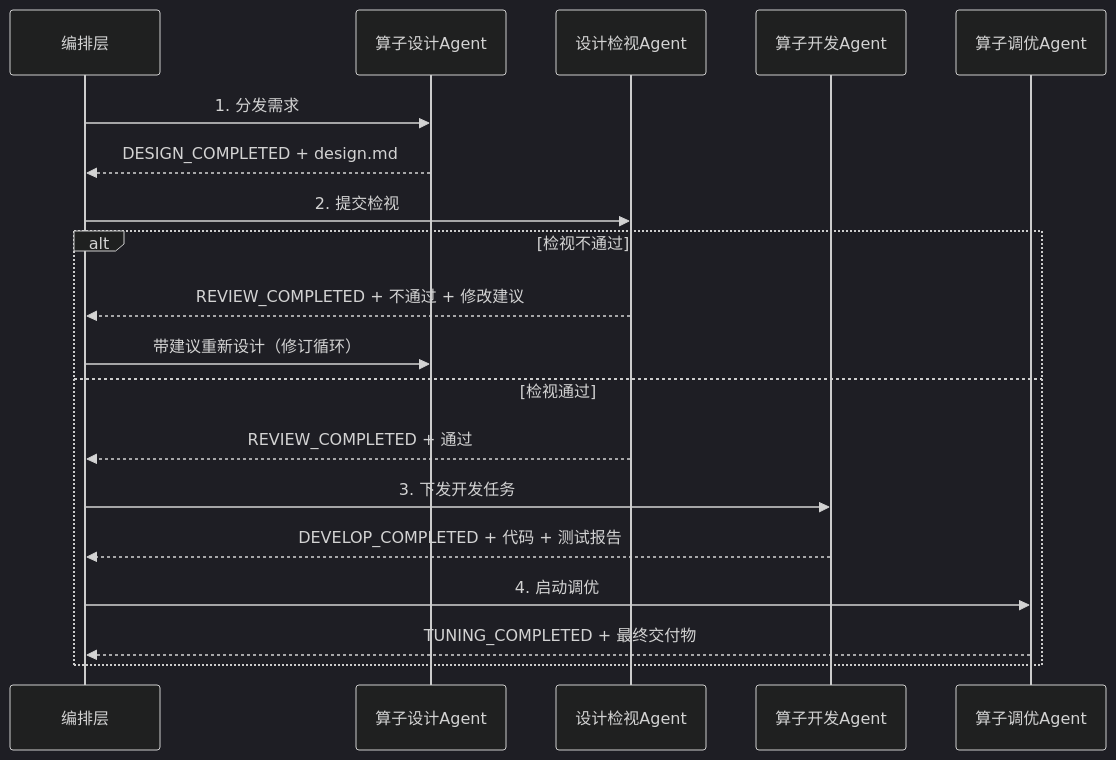
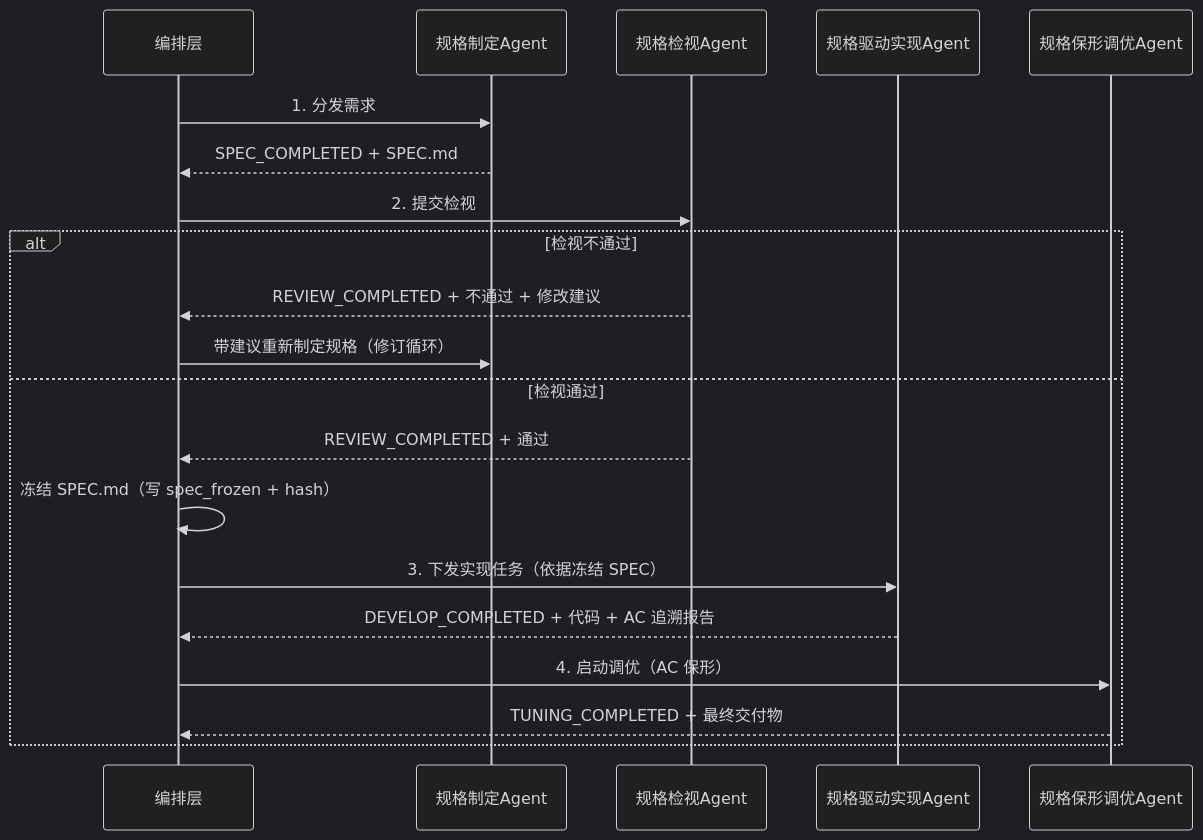
The second of 2 diagrams in .opencode/agents/tilelang-op-conductor.md (dazuozcy/tilelang-mlir-ascend), drawn with Mermaid (dark theme) before and after one commit. The commit also changed other lines of this file and 16 other files, not shown here.

````diff
--- a/.opencode/agents/tilelang-op-conductor.md
+++ b/.opencode/agents/tilelang-op-conductor.md
@@ -52,22 +68,23 @@
 ```mermaid
 sequenceDiagram
     participant O as 编排层
-    participant D as 算子设计Agent
-    participant R as 设计检视Agent
-    participant I as 算子开发Agent
-    participant T as 算子调优Agent
+    participant D as 规格制定Agent
+    participant R as 规格检视Agent
+    participant I as 规格驱动实现Agent
+    participant T as 规格保形调优Agent
 
     O->>D: 1. 分发需求
-    D-->>O: DESIGN_COMPLETED + design.md
+    D-->>O: SPEC_COMPLETED + SPEC.md
     O->>R: 2. 提交检视
     alt 检视不通过
         R-->>O: REVIEW_COMPLETED + 不通过 + 修改建议
-        O->>D: 带建议重新设计（修订循环）
+        O->>D: 带建议重新制定规格（修订循环）
     else 检视通过
         R-->>O: REVIEW_COMPLETED + 通过
-        O->>I: 3. 下发开发任务
-        I-->>O: DEVELOP_COMPLETED + 代码 + 测试报告
-        O->>T: 4. 启动调优
+        O->>O: 冻结 SPEC.md（写 spec_frozen + hash）
+        O->>I: 3. 下发实现任务（依据冻结 SPEC）
+        I-->>O: DEVELOP_COMPLETED + 代码 + AC 追溯报告
+        O->>T: 4. 启动调优（AC 保形）
         T-->>O: TUNING_COMPLETED + 最终交付物
     end
 ```
````
